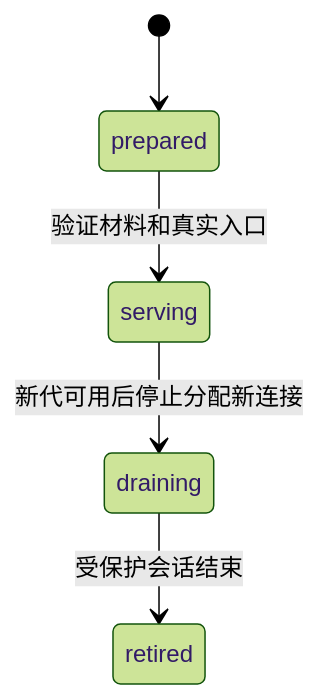
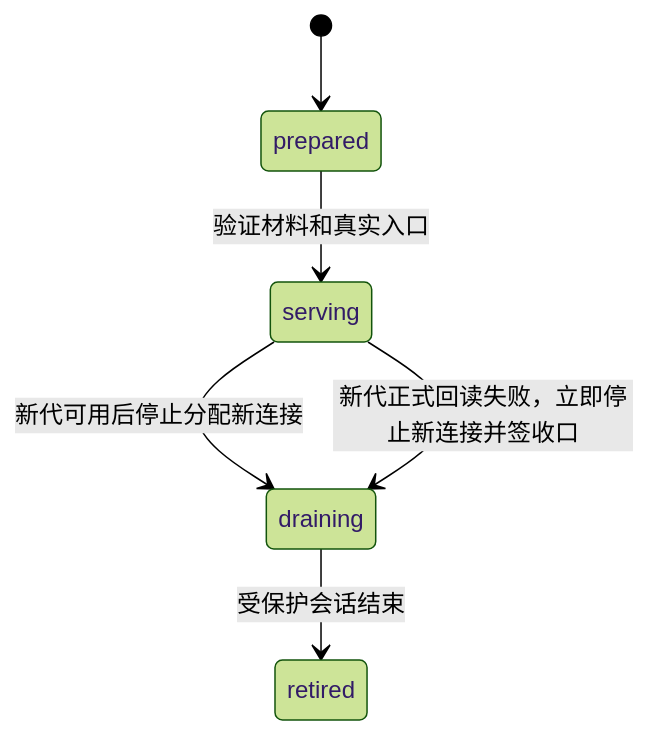
One commit to Scisaga/loom changed the first of 3 diagrams in docs/core/enrollment-endpoint-model.md. Above: the diagram before and after it, drawn with Mermaid (forest theme). The commit also changed other lines of this file and 12 other files, not shown here.

Commit message:
docs: clarify admin access and schema 3 blockers

````diff
--- a/docs/core/enrollment-endpoint-model.md
+++ b/docs/core/enrollment-endpoint-model.md
@@ -69,7 +69,8 @@
 ```mermaid
 stateDiagram-v2
     [*] --> prepared
     prepared --> serving: 验证材料和真实入口
     serving --> draining: 新代可用后停止分配新连接
+    serving --> draining: 新代正式回读失败，立即停止新连接并签收口
     draining --> retired: 受保护会话结束
 ```
````
